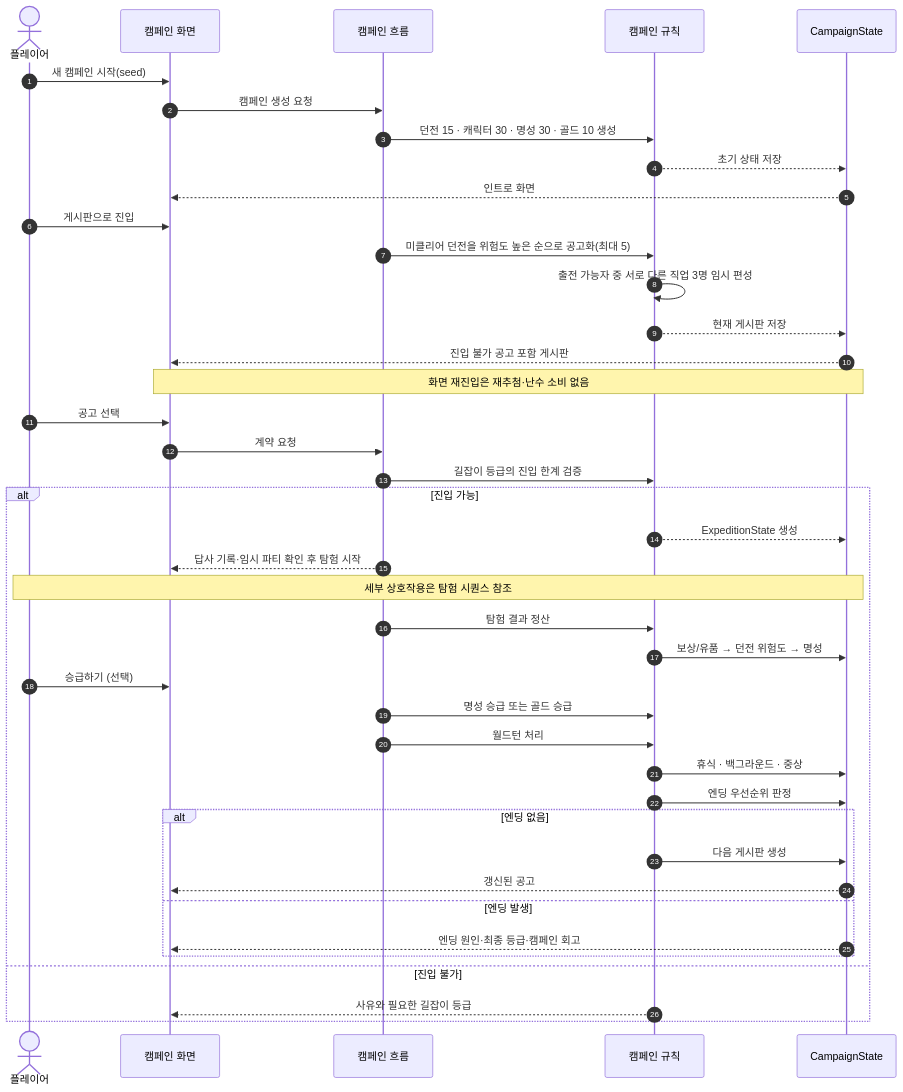
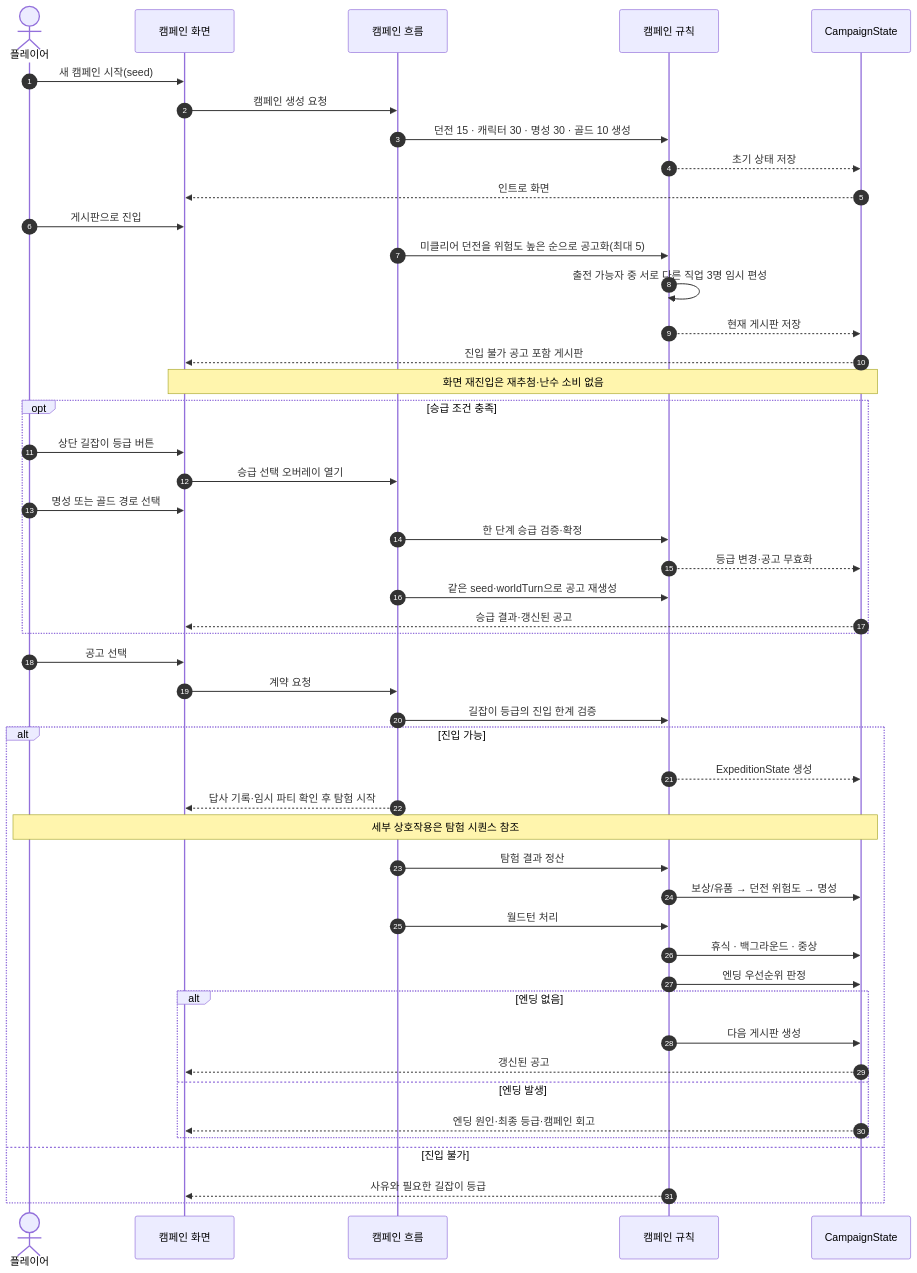
The diagram in docs/diagram/campaign-sequence.md (LatteBun/Dungeon_Schemer), drawn with Mermaid before and after one commit. The commit also changed other lines of this file and 27 other files, not shown here.

````diff
--- a/docs/diagram/campaign-sequence.md
+++ b/docs/diagram/campaign-sequence.md
@@ -10,43 +10,50 @@
 ```mermaid
 sequenceDiagram
     autonumber
     actor Player as 플레이어
     participant UI as 캠페인 화면
     participant Flow as 캠페인 흐름
     participant Rules as 캠페인 규칙
     participant State as CampaignState
     Player->>UI: 새 캠페인 시작(seed)
     UI->>Flow: 캠페인 생성 요청
     Flow->>Rules: 던전 15 · 캐릭터 30 · 명성 30 · 골드 10 생성
     Rules-->>State: 초기 상태 저장
     State-->>UI: 인트로 화면
     Player->>UI: 게시판으로 진입
     Flow->>Rules: 미클리어 던전을 위험도 높은 순으로 공고화(최대 5)
     Rules->>Rules: 출전 가능자 중 서로 다른 직업 3명 임시 편성
     Rules-->>State: 현재 게시판 저장
     State-->>UI: 진입 불가 공고 포함 게시판
     Note over UI,State: 화면 재진입은 재추첨·난수 소비 없음
+    opt 승급 조건 충족
+        Player->>UI: 상단 길잡이 등급 버튼
+        UI->>Flow: 승급 선택 오버레이 열기
+        Player->>UI: 명성 또는 골드 경로 선택
+        Flow->>Rules: 한 단계 승급 검증·확정
+        Rules-->>State: 등급 변경·공고 무효화
+        Flow->>Rules: 같은 seed·worldTurn으로 공고 재생성
+        State-->>UI: 승급 결과·갱신된 공고
+    end
     Player->>UI: 공고 선택
     UI->>Flow: 계약 요청
     Flow->>Rules: 길잡이 등급의 진입 한계 검증
     alt 진입 가능
         Rules-->>State: ExpeditionState 생성
         Flow-->>UI: 답사 기록·임시 파티 확인 후 탐험 시작
         Note over Player,State: 세부 상호작용은 탐험 시퀀스 참조
         Flow->>Rules: 탐험 결과 정산
         Rules->>State: 보상/유품 → 던전 위험도 → 명성
-        Player->>UI: 승급하기 (선택)
-        Flow->>Rules: 명성 승급 또는 골드 승급
         Flow->>Rules: 월드턴 처리
         Rules->>State: 휴식 · 백그라운드 · 중상
         Rules->>State: 엔딩 우선순위 판정
         alt 엔딩 없음
             Rules->>State: 다음 게시판 생성
             State-->>UI: 갱신된 공고
         else 엔딩 발생
             State-->>UI: 엔딩 원인·최종 등급·캠페인 회고
         end
     else 진입 불가
         Rules-->>UI: 사유와 필요한 길잡이 등급
     end
 ```
````
